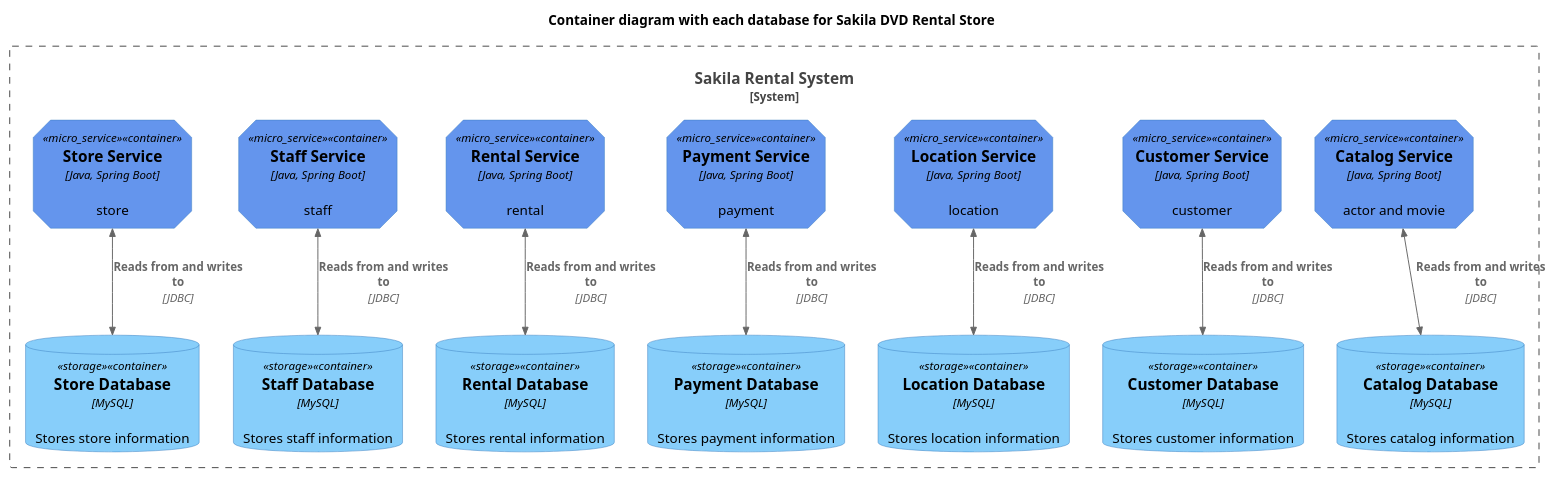
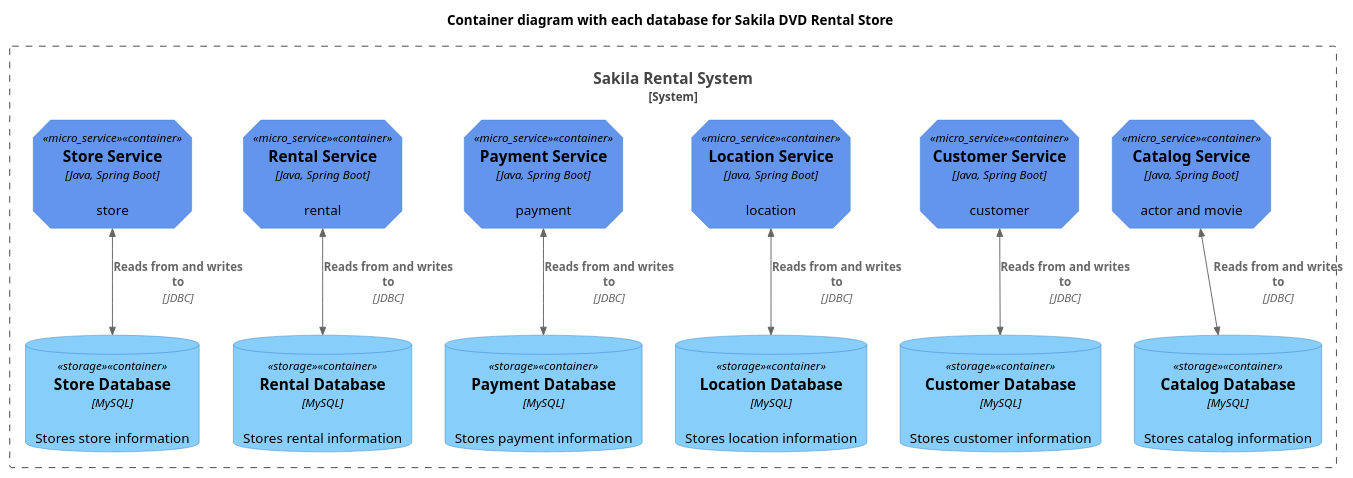
The diagram in diagram/sakila-db-container.puml (codejsha/sakila-microservices), drawn with PlantUML before and after one commit. The commit also changed 33 other files, not shown here.

Commit message:
update architecture

```diff
--- a/diagram/sakila-db-container.puml
+++ b/diagram/sakila-db-container.puml
@@ -1,35 +1,32 @@
 @startuml "sakila-db-container"
 !include https://raw.githubusercontent.com/plantuml-stdlib/C4-PlantUML/master/C4_Container.puml
 
 AddElementTag("micro_service", $shape=EightSidedShape(), $bgColor="CornflowerBlue", $fontColor="black", $legendText="micro service\neight sided")
 AddElementTag("storage", $shape=RoundedBoxShape(), $bgColor="lightSkyBlue", $fontColor="black")
 
 title Container diagram with each database for Sakila DVD Rental Store
 
 System_Boundary(sakila, "Sakila Rental System") {
     Container(catalog_service, "Catalog Service", "Java, Spring Boot", "actor and movie", $tags = "micro_service")
     Container(customer_service, "Customer Service", "Java, Spring Boot", "customer", $tags = "micro_service")
     Container(location_service, "Location Service", "Java, Spring Boot", "location", $tags = "micro_service")
     Container(payment_service, "Payment Service", "Java, Spring Boot", "payment", $tags = "micro_service")
     Container(rental_service, "Rental Service", "Java, Spring Boot", "rental", $tags = "micro_service")
-    Container(staff_service, "Staff Service", "Java, Spring Boot", "staff", $tags = "micro_service")
     Container(store_service, "Store Service", "Java, Spring Boot", "store", $tags = "micro_service")
 
     ContainerDb(catalog_db, "Catalog Database", "MySQL", "Stores catalog information", $tags = "storage")
     ContainerDb(customer_db, "Customer Database", "MySQL", "Stores customer information", $tags = "storage")
     ContainerDb(location_db, "Location Database", "MySQL", "Stores location information", $tags = "storage")
     ContainerDb(payment_db, "Payment Database", "MySQL", "Stores payment information", $tags = "storage")
     ContainerDb(rental_db, "Rental Database", "MySQL", "Stores rental information", $tags = "storage")
-    ContainerDb(staff_db, "Staff Database", "MySQL", "Stores staff information", $tags = "storage")
     ContainerDb(store_db, "Store Database", "MySQL", "Stores store information", $tags = "storage")
 }
 
 BiRel(catalog_service, catalog_db, "Reads from and writes to", "JDBC")
 BiRel(customer_service, customer_db, "Reads from and writes to", "JDBC")
 BiRel(location_service, location_db, "Reads from and writes to", "JDBC")
 BiRel(payment_service, payment_db, "Reads from and writes to", "JDBC")
 BiRel(rental_service, rental_db, "Reads from and writes to", "JDBC")
-BiRel(staff_service, staff_db, "Reads from and writes to", "JDBC")
 BiRel(store_service, store_db, "Reads from and writes to", "JDBC")
 
 @enduml
```
